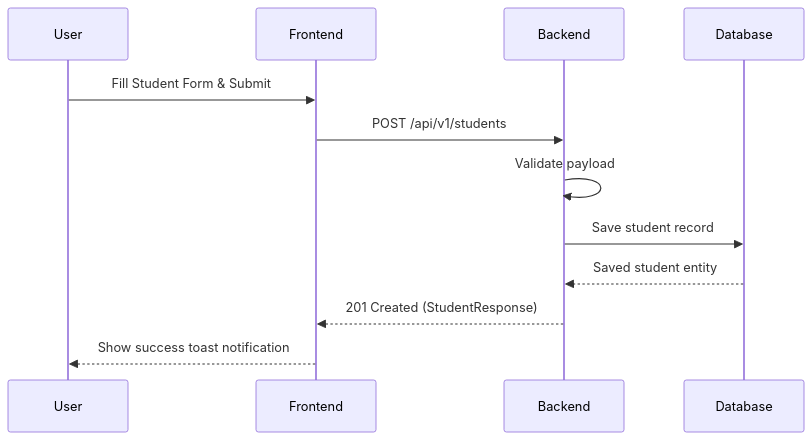
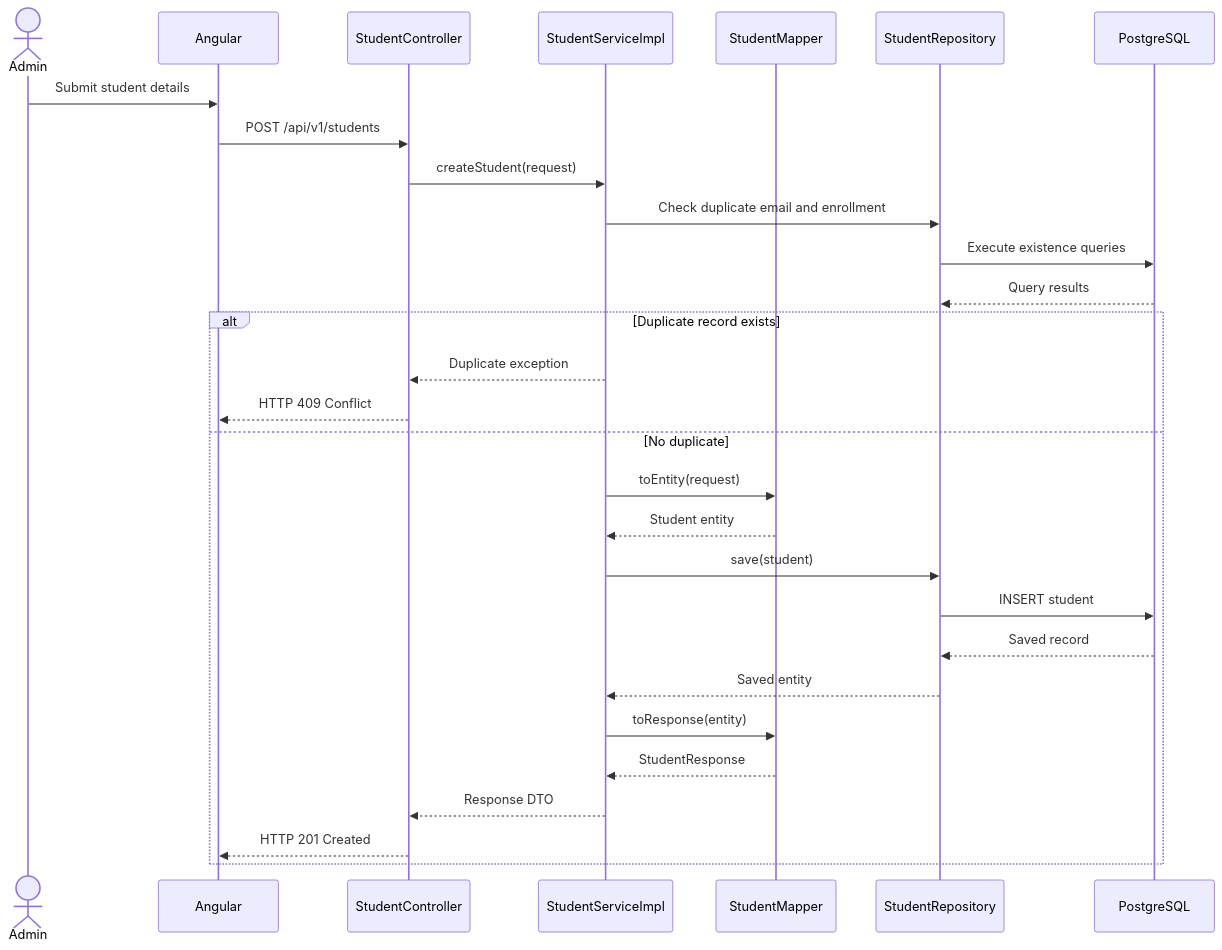
One commit to Apurba-G/student-management-system changed the diagram in docs/diagrams/crud-workflow.mmd. Above: the diagram before and after it, drawn with Mermaid. The commit also changed 52 other files, not shown here.

First line of the commit message:
feat: complete dockerization, JWT auth flow, 4-status dashboard, and debounced search

```diff
--- a/docs/diagrams/crud-workflow.mmd
+++ b/docs/diagrams/crud-workflow.mmd
@@ -1,13 +1,32 @@
+
 sequenceDiagram
-    participant User
-    participant Frontend
-    participant Backend
-    participant Database
+    actor Admin
+    participant UI as Angular
+    participant SC as StudentController
+    participant SS as StudentServiceImpl
+    participant SM as StudentMapper
+    participant SR as StudentRepository
+    participant DB as PostgreSQL
 
-    User->>Frontend: Fill Student Form & Submit
-    Frontend->>Backend: POST /api/v1/students
-    Backend->>Backend: Validate payload
-    Backend->>Database: Save student record
-    Database-->>Backend: Saved student entity
-    Backend-->>Frontend: 201 Created (StudentResponse)
-    Frontend-->>User: Show success toast notification
+    Admin->>UI: Submit student details
+    UI->>SC: POST /api/v1/students
+    SC->>SS: createStudent(request)
+    SS->>SR: Check duplicate email and enrollment
+    SR->>DB: Execute existence queries
+    DB-->>SR: Query results
+
+    alt Duplicate record exists
+        SS-->>SC: Duplicate exception
+        SC-->>UI: HTTP 409 Conflict
+    else No duplicate
+        SS->>SM: toEntity(request)
+        SM-->>SS: Student entity
+        SS->>SR: save(student)
+        SR->>DB: INSERT student
+        DB-->>SR: Saved record
+        SR-->>SS: Saved entity
+        SS->>SM: toResponse(entity)
+        SM-->>SS: StudentResponse
+        SS-->>SC: Response DTO
+        SC-->>UI: HTTP 201 Created
+    end
```
